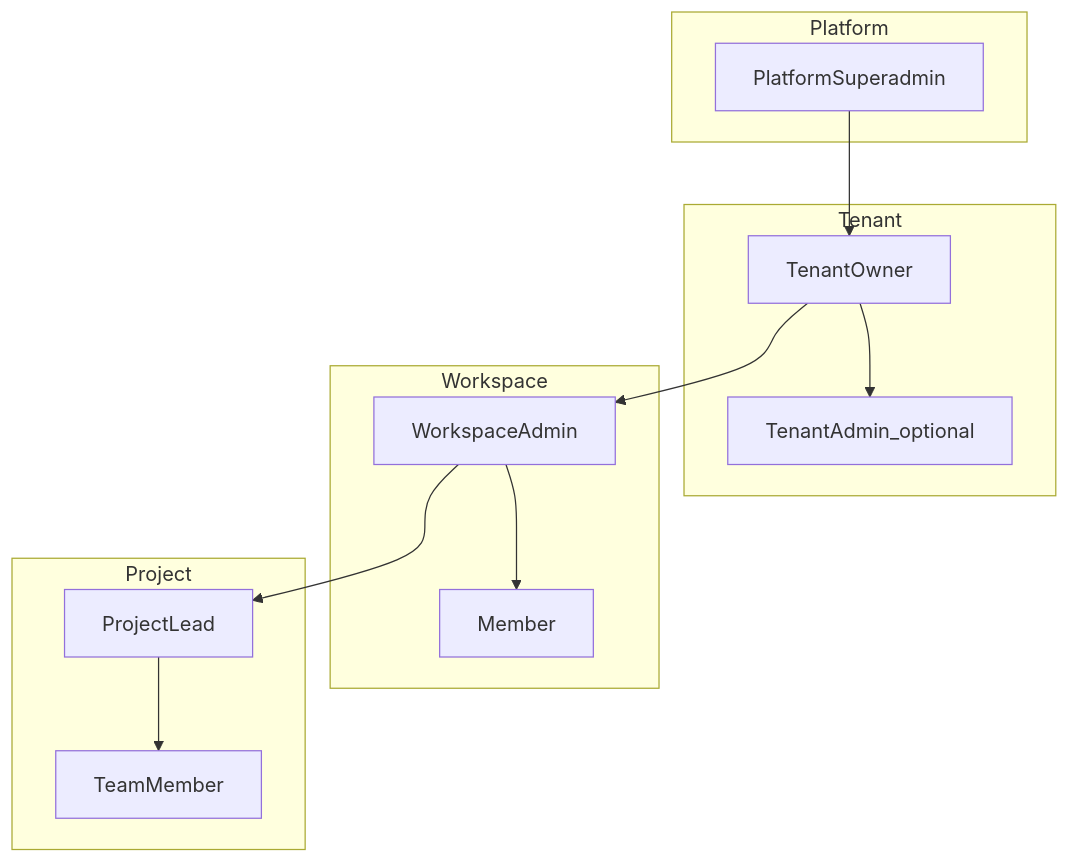
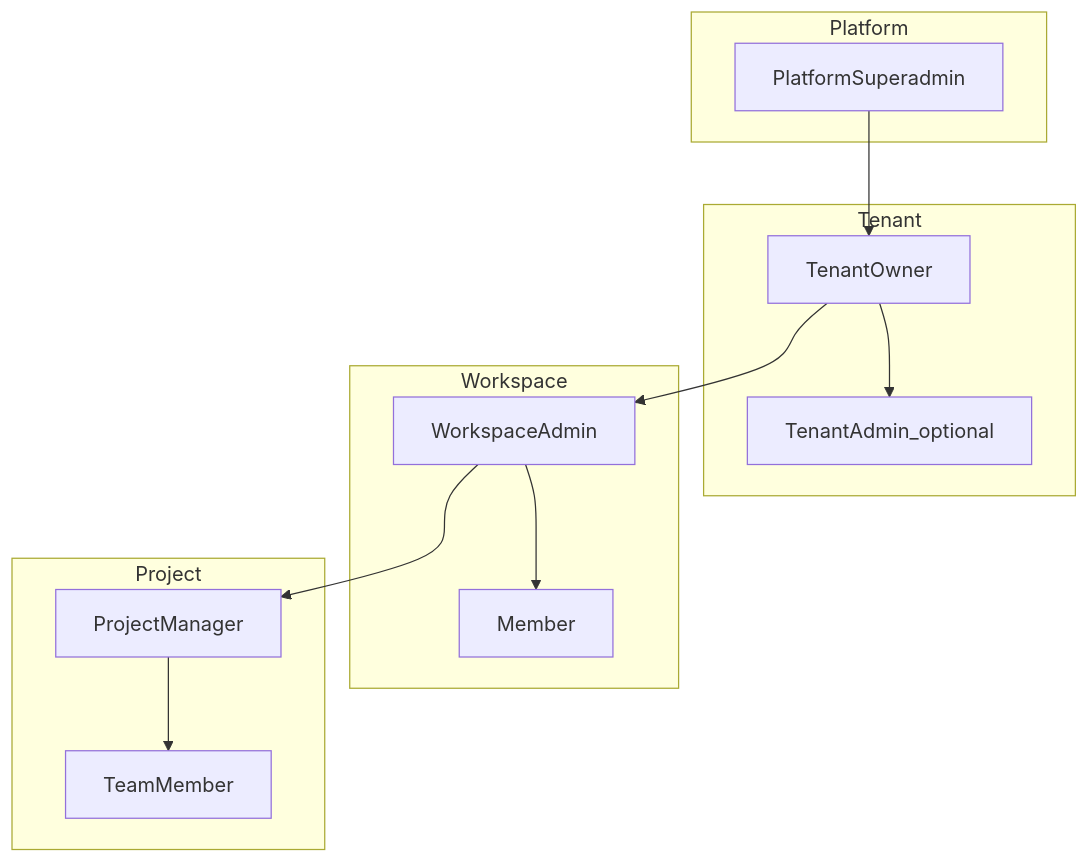
The first of 7 diagrams in docs/architecture/TENANT_RBAC.md (SCITAIGROUP1/ChronoMint), drawn with Mermaid before and after one commit. The commit also changed other lines of this file and 82 other files, not shown here.

Commit message:
refactor: rename Lead to Project Manager and fix TS/test issues

````diff
--- a/docs/architecture/TENANT_RBAC.md
+++ b/docs/architecture/TENANT_RBAC.md
@@ -88,24 +88,24 @@
 ```mermaid
 flowchart TB
   subgraph platform [Platform]
     Superadmin[PlatformSuperadmin]
   end
   subgraph tenant [Tenant]
     Owner[TenantOwner]
     TenantAdmin[TenantAdmin_optional]
   end
   subgraph ws [Workspace]
     WsAdmin[WorkspaceAdmin]
     Member[Member]
   end
   subgraph project [Project]
-    PM[ProjectLead]
+    PM[ProjectManager]
     TeamMember[TeamMember]
   end
   Superadmin --> Owner
   Owner --> TenantAdmin
   Owner --> WsAdmin
   WsAdmin --> PM
   WsAdmin --> Member
   PM --> TeamMember
 ```
````
